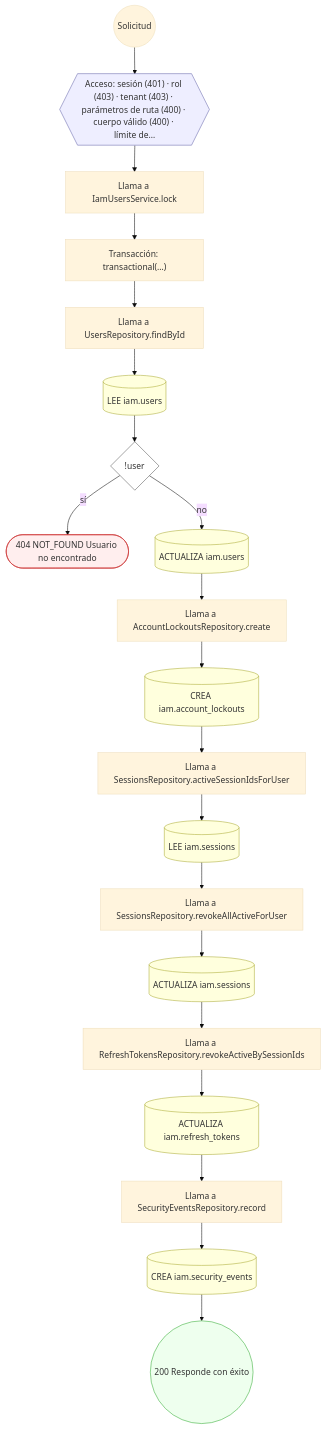
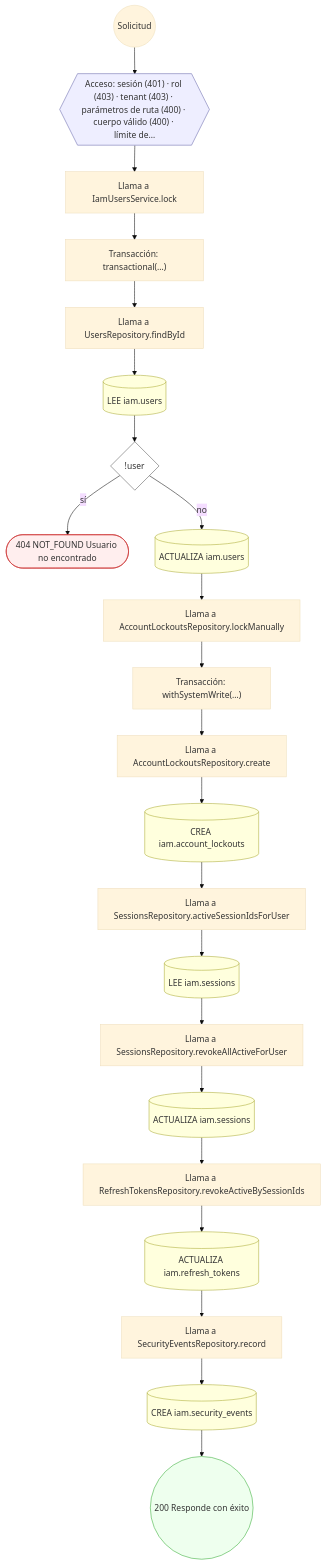
Diagram 40 of 47 in docs/inventario/flujos/iam.md (mdavila-2001/mantra-core-health-api), drawn with Mermaid (base theme) before and after one commit. The commit also changed other lines of this file and 1040 other files, not shown here.

````diff
--- a/docs/inventario/flujos/iam.md
+++ b/docs/inventario/flujos/iam.md
@@ -2657,48 +3486,52 @@
 ```mermaid
 flowchart TD
   n1(("Solicitud")):::inicio
   n2{{"Acceso: sesión (401) · rol (403) · tenant (403) · parámetros de ruta (400) · cuerpo válido (400) · límite de…"}}:::acceso
   n1 --> n2
   n3["Llama a IamUsersService.lock"]:::llamada
   n2 --> n3
   n4["Transacción: transactional(…)"]:::transaccion
   n3 --> n4
   n5["Llama a UsersRepository.findById"]:::llamada
   n4 --> n5
   n6[("LEE iam.users")]:::efecto
   n5 --> n6
   n7{"!user"}:::decision
   n6 --> n7
   n8(["404 NOT_FOUND Usuario no encontrado"]):::error
   n7 -->|"sí"| n8
   n9[("ACTUALIZA iam.users")]:::efecto
   n7 -->|"no"| n9
-  n10["Llama a AccountLockoutsRepository.create"]:::llamada
+  n10["Llama a AccountLockoutsRepository.lockManually"]:::llamada
   n9 --> n10
-  n11[("CREA iam.account_lockouts")]:::efecto
+  n11["Transacción: withSystemWrite(…)"]:::transaccion
   n10 --> n11
-  n12["Llama a SessionsRepository.activeSessionIdsForUser"]:::llamada
+  n12["Llama a AccountLockoutsRepository.create"]:::llamada
   n11 --> n12
-  n13[("LEE iam.sessions")]:::efecto
+  n13[("CREA iam.account_lockouts")]:::efecto
   n12 --> n13
-  n14["Llama a SessionsRepository.revokeAllActiveForUser"]:::llamada
+  n14["Llama a SessionsRepository.activeSessionIdsForUser"]:::llamada
   n13 --> n14
-  n15[("ACTUALIZA iam.sessions")]:::efecto
+  n15[("LEE iam.sessions")]:::efecto
   n14 --> n15
-  n16["Llama a RefreshTokensRepository.revokeActiveBySessionIds"]:::llamada
+  n16["Llama a SessionsRepository.revokeAllActiveForUser"]:::llamada
   n15 --> n16
-  n17[("ACTUALIZA iam.refresh_tokens")]:::efecto
+  n17[("ACTUALIZA iam.sessions")]:::efecto
   n16 --> n17
-  n18["Llama a SecurityEventsRepository.record"]:::llamada
+  n18["Llama a RefreshTokensRepository.revokeActiveBySessionIds"]:::llamada
   n17 --> n18
-  n19[("CREA iam.security_events")]:::efecto
+  n19[("ACTUALIZA iam.refresh_tokens")]:::efecto
   n18 --> n19
-  n20(("200 Responde con éxito")):::ok
+  n20["Llama a SecurityEventsRepository.record"]:::llamada
   n19 --> n20
+  n21[("CREA iam.security_events")]:::efecto
+  n20 --> n21
+  n22(("200 Responde con éxito")):::ok
+  n21 --> n22
   classDef acceso fill:#eef,stroke:#66a
   classDef error fill:#fee,stroke:#c33
   classDef ok fill:#efe,stroke:#3a3
   classDef efecto fill:#ffd,stroke:#aa3
   classDef decision fill:#fff,stroke:#555
   classDef corte fill:#eee,stroke:#999,stroke-dasharray: 4
 ```
````
